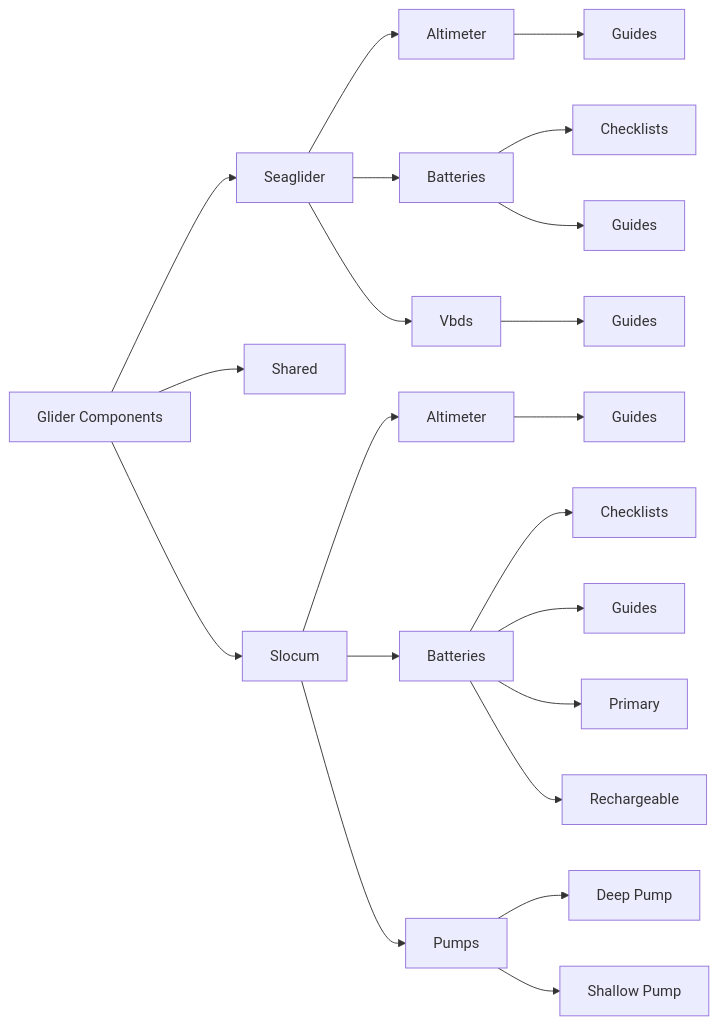
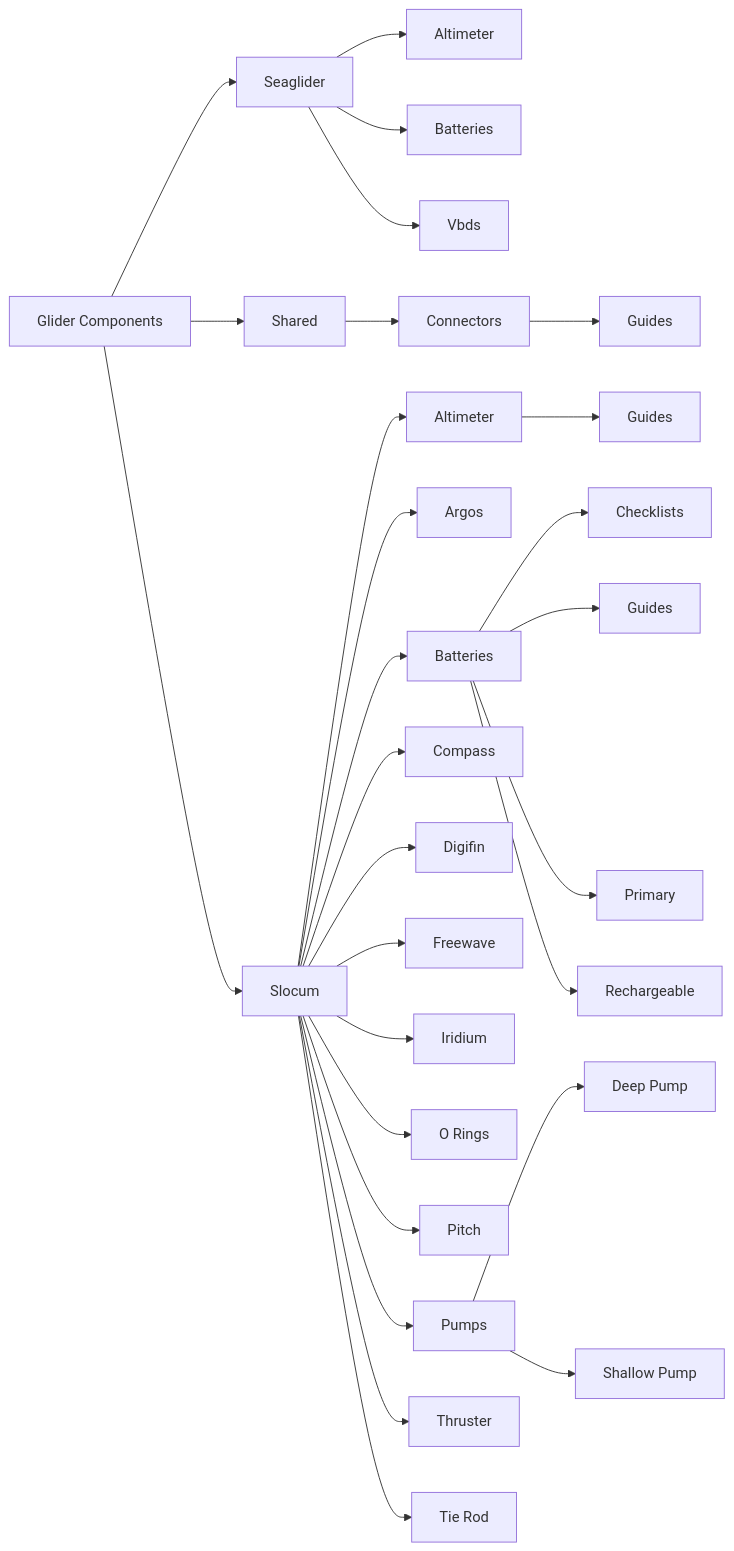
One commit to e-abdi/Glider-Operation-Best-Practices changed the diagram in docs/glider-components/index.md. Above: the diagram before and after it, drawn with Mermaid. The commit also changed other lines of this file and 17 other files, not shown here.

First line of the commit message:
Fix orphaned Shared components section, move Connectors under it

````diff
--- a/docs/glider-components/index.md
+++ b/docs/glider-components/index.md
@@ -45,26 +53,24 @@
 GC --> docs_glider_components_seaglider
 docs_glider_components_seaglider_altimeter["Altimeter"]
 docs_glider_components_seaglider --> docs_glider_components_seaglider_altimeter
-docs_glider_components_seaglider_altimeter_guides["Guides"]
-docs_glider_components_seaglider_altimeter --> docs_glider_components_seaglider_altimeter_guides
 docs_glider_components_seaglider_batteries["Batteries"]
 docs_glider_components_seaglider --> docs_glider_components_seaglider_batteries
-docs_glider_components_seaglider_batteries_checklists["Checklists"]
-docs_glider_components_seaglider_batteries --> docs_glider_components_seaglider_batteries_checklists
-docs_glider_components_seaglider_batteries_guides["Guides"]
-docs_glider_components_seaglider_batteries --> docs_glider_components_seaglider_batteries_guides
 docs_glider_components_seaglider_vbds["Vbds"]
 docs_glider_components_seaglider --> docs_glider_components_seaglider_vbds
-docs_glider_components_seaglider_vbds_guides["Guides"]
-docs_glider_components_seaglider_vbds --> docs_glider_components_seaglider_vbds_guides
 docs_glider_components_shared["Shared"]
 GC --> docs_glider_components_shared
+docs_glider_components_shared_connectors["Connectors"]
+docs_glider_components_shared --> docs_glider_components_shared_connectors
+docs_glider_components_shared_connectors_guides["Guides"]
+docs_glider_components_shared_connectors --> docs_glider_components_shared_connectors_guides
 docs_glider_components_slocum["Slocum"]
 GC --> docs_glider_components_slocum
 docs_glider_components_slocum_altimeter["Altimeter"]
 docs_glider_components_slocum --> docs_glider_components_slocum_altimeter
 docs_glider_components_slocum_altimeter_guides["Guides"]
 docs_glider_components_slocum_altimeter --> docs_glider_components_slocum_altimeter_guides
+docs_glider_components_slocum_argos["Argos"]
+docs_glider_components_slocum --> docs_glider_components_slocum_argos
 docs_glider_components_slocum_batteries["Batteries"]
 docs_glider_components_slocum --> docs_glider_components_slocum_batteries
 docs_glider_components_slocum_batteries_checklists["Checklists"]
@@ -75,27 +81,50 @@
 docs_glider_components_slocum_batteries --> docs_glider_components_slocum_batteries_primary
 docs_glider_components_slocum_batteries_rechargeable["Rechargeable"]
 docs_glider_components_slocum_batteries --> docs_glider_components_slocum_batteries_rechargeable
+docs_glider_components_slocum_compass["Compass"]
+docs_glider_components_slocum --> docs_glider_components_slocum_compass
+docs_glider_components_slocum_digifin["Digifin"]
+docs_glider_components_slocum --> docs_glider_components_slocum_digifin
+docs_glider_components_slocum_freewave["Freewave"]
+docs_glider_components_slocum --> docs_glider_components_slocum_freewave
+docs_glider_components_slocum_iridium["Iridium"]
+docs_glider_components_slocum --> docs_glider_components_slocum_iridium
+docs_glider_components_slocum_o_rings["O Rings"]
+docs_glider_components_slocum --> docs_glider_components_slocum_o_rings
+docs_glider_components_slocum_pitch["Pitch"]
+docs_glider_components_slocum --> docs_glider_components_slocum_pitch
 docs_glider_components_slocum_pumps["Pumps"]
 docs_glider_components_slocum --> docs_glider_components_slocum_pumps
 docs_glider_components_slocum_pumps_deep_pump["Deep Pump"]
 docs_glider_components_slocum_pumps --> docs_glider_components_slocum_pumps_deep_pump
 docs_glider_components_slocum_pumps_shallow_pump["Shallow Pump"]
 docs_glider_components_slocum_pumps --> docs_glider_components_slocum_pumps_shallow_pump
+docs_glider_components_slocum_thruster["Thruster"]
+docs_glider_components_slocum --> docs_glider_components_slocum_thruster
+docs_glider_components_slocum_tie_rod["Tie Rod"]
+docs_glider_components_slocum --> docs_glider_components_slocum_tie_rod
 
 click docs_glider_components_seaglider "/Glider-Operation-Best-Practices/glider-components/seaglider/"
 click docs_glider_components_seaglider_altimeter "/Glider-Operation-Best-Practices/glider-components/seaglider/altimeter/"
-click docs_glider_components_seaglider_altimeter_guides "/Glider-Operation-Best-Practices/glider-components/seaglider/altimeter/"
 click docs_glider_components_seaglider_batteries "/Glider-Operation-Best-Practices/glider-components/seaglider/batteries/"
-click docs_glider_components_seaglider_batteries_checklists "/Glider-Operation-Best-Practices/glider-components/seaglider/batteries/"
-click docs_glider_components_seaglider_batteries_guides "/Glider-Operation-Best-Practices/glider-components/seaglider/batteries/"
 click docs_glider_components_seaglider_vbds "/Glider-Operation-Best-Practices/glider-components/seaglider/vbds/"
-click docs_glider_components_seaglider_vbds_guides "/Glider-Operation-Best-Practices/glider-components/seaglider/vbds/"
 click docs_glider_components_shared "/Glider-Operation-Best-Practices/glider-components/shared/"
+click docs_glider_components_shared_connectors "/Glider-Operation-Best-Practices/glider-components/shared/connectors/"
+click docs_glider_components_shared_connectors_guides "/Glider-Operation-Best-Practices/glider-components/shared/connectors/"
 click docs_glider_components_slocum "/Glider-Operation-Best-Practices/glider-components/slocum/"
 click docs_glider_components_slocum_altimeter "/Glider-Operation-Best-Practices/glider-components/slocum/altimeter/"
 click docs_glider_components_slocum_altimeter_guides "/Glider-Operation-Best-Practices/glider-components/slocum/altimeter/"
+click docs_glider_components_slocum_argos "/Glider-Operation-Best-Practices/glider-components/slocum/argos/"
 click docs_glider_components_slocum_batteries "/Glider-Operation-Best-Practices/glider-components/slocum/batteries/"
 click docs_glider_components_slocum_batteries_checklists "/Glider-Operation-Best-Practices/glider-components/slocum/batteries/"
 click docs_glider_components_slocum_batteries_guides "/Glider-Operation-Best-Practices/glider-components/slocum/batteries/"
+click docs_glider_components_slocum_compass "/Glider-Operation-Best-Practices/glider-components/slocum/compass/"
+click docs_glider_components_slocum_digifin "/Glider-Operation-Best-Practices/glider-components/slocum/digifin/"
+click docs_glider_components_slocum_freewave "/Glider-Operation-Best-Practices/glider-components/slocum/freewave/"
+click docs_glider_components_slocum_iridium "/Glider-Operation-Best-Practices/glider-components/slocum/iridium/"
+click docs_glider_components_slocum_o_rings "/Glider-Operation-Best-Practices/glider-components/slocum/o-rings/"
+click docs_glider_components_slocum_pitch "/Glider-Operation-Best-Practices/glider-components/slocum/pitch/"
 click docs_glider_components_slocum_pumps "/Glider-Operation-Best-Practices/glider-components/slocum/pumps/"
+click docs_glider_components_slocum_thruster "/Glider-Operation-Best-Practices/glider-components/slocum/thruster/"
+click docs_glider_components_slocum_tie_rod "/Glider-Operation-Best-Practices/glider-components/slocum/tie-rod/"
 ```
````
